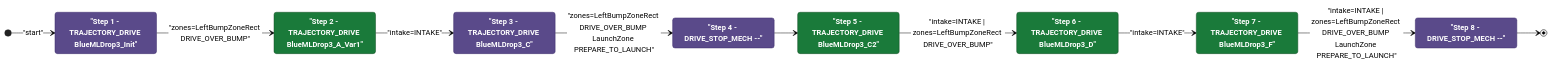
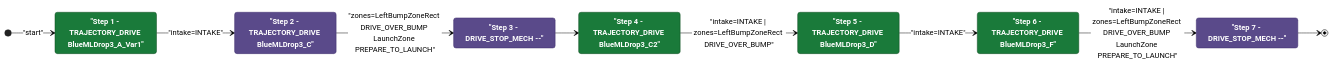
Before and after one commit to Team302/2026Rebuilt: the diagram in documents/auton/RedBDepKeep3NDepNOutScoreNCliLose.md, drawn with Mermaid (neutral theme). The commit also changed other lines of this file and 131 other files, not shown here.

First line of the commit message:
docs(auton): regenerate Mermaid diagrams [skip ci]

````diff
--- a/documents/auton/RedBDepKeep3NDepNOutScoreNCliLose.md
+++ b/documents/auton/RedBDepKeep3NDepNOutScoreNCliLose.md
@@ -8,36 +8,33 @@
 ```mermaid
 stateDiagram-v2
     direction LR
 
     %% Green = intake active, Purple = intake off
     classDef intake  fill:#1a7a3a,color:#ffffff,stroke:#0d4a1f,font-weight:bold
     classDef noIntake fill:#5a4a8a,color:#ffffff,stroke:#3a2a6a,font-weight:bold
 
-    Step1 : "Step 1 - TRAJECTORY_DRIVE BlueMLDrop3_Init"
-    Step2 : "Step 2 - TRAJECTORY_DRIVE BlueMLDrop3_A_Var1"
-    Step3 : "Step 3 - TRAJECTORY_DRIVE BlueMLDrop3_C"
-    Step4 : "Step 4 - DRIVE_STOP_MECH --"
-    Step5 : "Step 5 - TRAJECTORY_DRIVE BlueMLDrop3_C2"
-    Step6 : "Step 6 - TRAJECTORY_DRIVE BlueMLDrop3_D"
-    Step7 : "Step 7 - TRAJECTORY_DRIVE BlueMLDrop3_F"
-    Step8 : "Step 8 - DRIVE_STOP_MECH --"
+    Step1 : "Step 1 - TRAJECTORY_DRIVE BlueMLDrop3_A_Var1"
+    Step2 : "Step 2 - TRAJECTORY_DRIVE BlueMLDrop3_C"
+    Step3 : "Step 3 - DRIVE_STOP_MECH --"
+    Step4 : "Step 4 - TRAJECTORY_DRIVE BlueMLDrop3_C2"
+    Step5 : "Step 5 - TRAJECTORY_DRIVE BlueMLDrop3_D"
+    Step6 : "Step 6 - TRAJECTORY_DRIVE BlueMLDrop3_F"
+    Step7 : "Step 7 - DRIVE_STOP_MECH --"
 
-    class Step1 noIntake
-    class Step2 intake
+    class Step1 intake
+    class Step2 noIntake
     class Step3 noIntake
-    class Step4 noIntake
+    class Step4 intake
     class Step5 intake
     class Step6 intake
-    class Step7 intake
-    class Step8 noIntake
+    class Step7 noIntake
 
     [*] --> Step1 : "start"
-    Step1 --> Step2: "zones=LeftBumpZoneRect DRIVE_OVER_BUMP"
-    Step2 --> Step3: "intake=INTAKE"
-    Step3 --> Step4: "zones=LeftBumpZoneRect DRIVE_OVER_BUMP LaunchZone PREPARE_TO_LAUNCH"
-    Step4 --> Step5
-    Step5 --> Step6: "intake=INTAKE | zones=LeftBumpZoneRect DRIVE_OVER_BUMP"
-    Step6 --> Step7: "intake=INTAKE"
-    Step7 --> Step8: "intake=INTAKE | zones=LeftBumpZoneRect DRIVE_OVER_BUMP LaunchZone PREPARE_TO_LAUNCH"
-    Step8 --> [*]
+    Step1 --> Step2: "intake=INTAKE"
+    Step2 --> Step3: "zones=LeftBumpZoneRect DRIVE_OVER_BUMP LaunchZone PREPARE_TO_LAUNCH"
+    Step3 --> Step4
+    Step4 --> Step5: "intake=INTAKE | zones=LeftBumpZoneRect DRIVE_OVER_BUMP"
+    Step5 --> Step6: "intake=INTAKE"
+    Step6 --> Step7: "intake=INTAKE | zones=LeftBumpZoneRect DRIVE_OVER_BUMP LaunchZone PREPARE_TO_LAUNCH"
+    Step7 --> [*]
 ```
````
